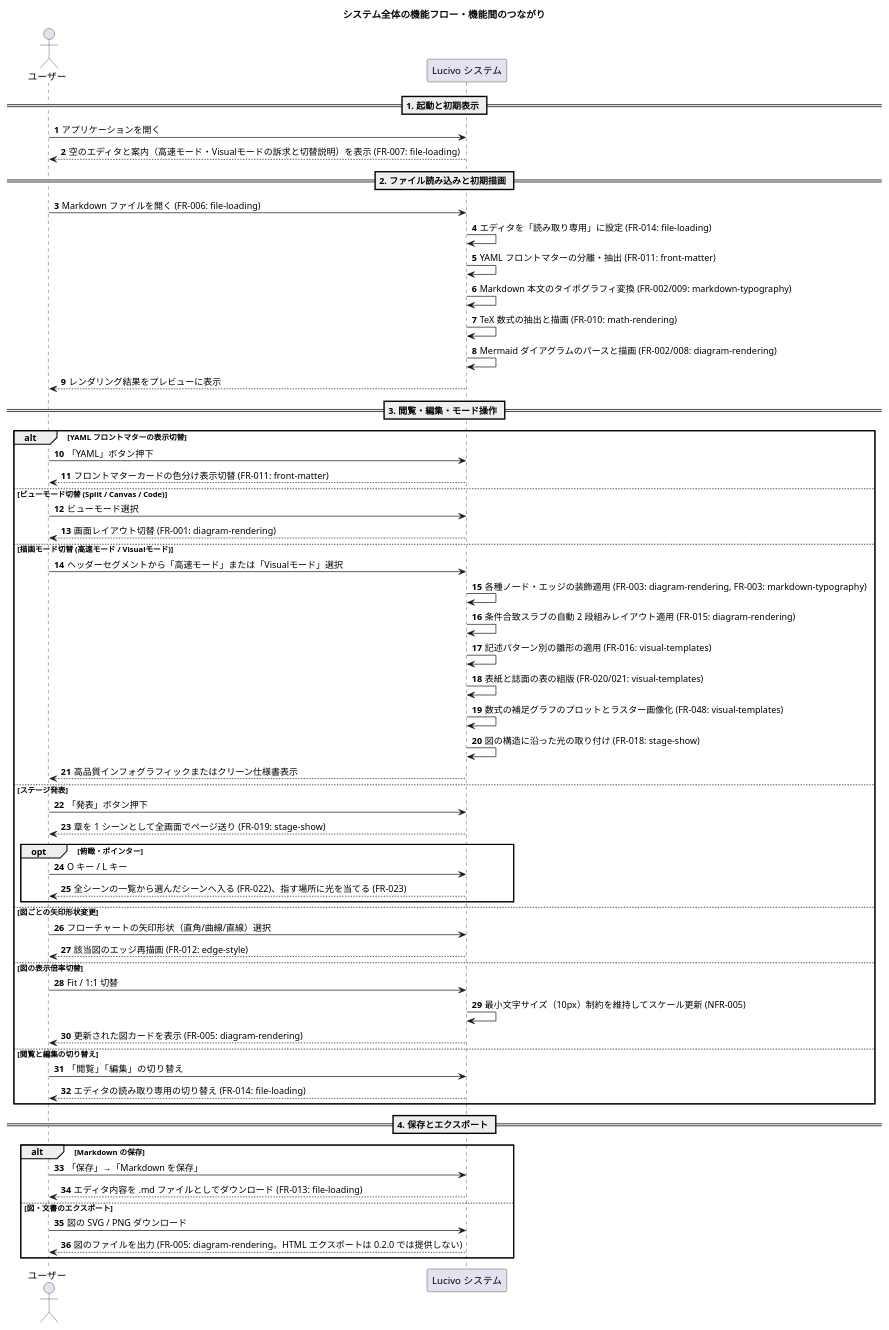
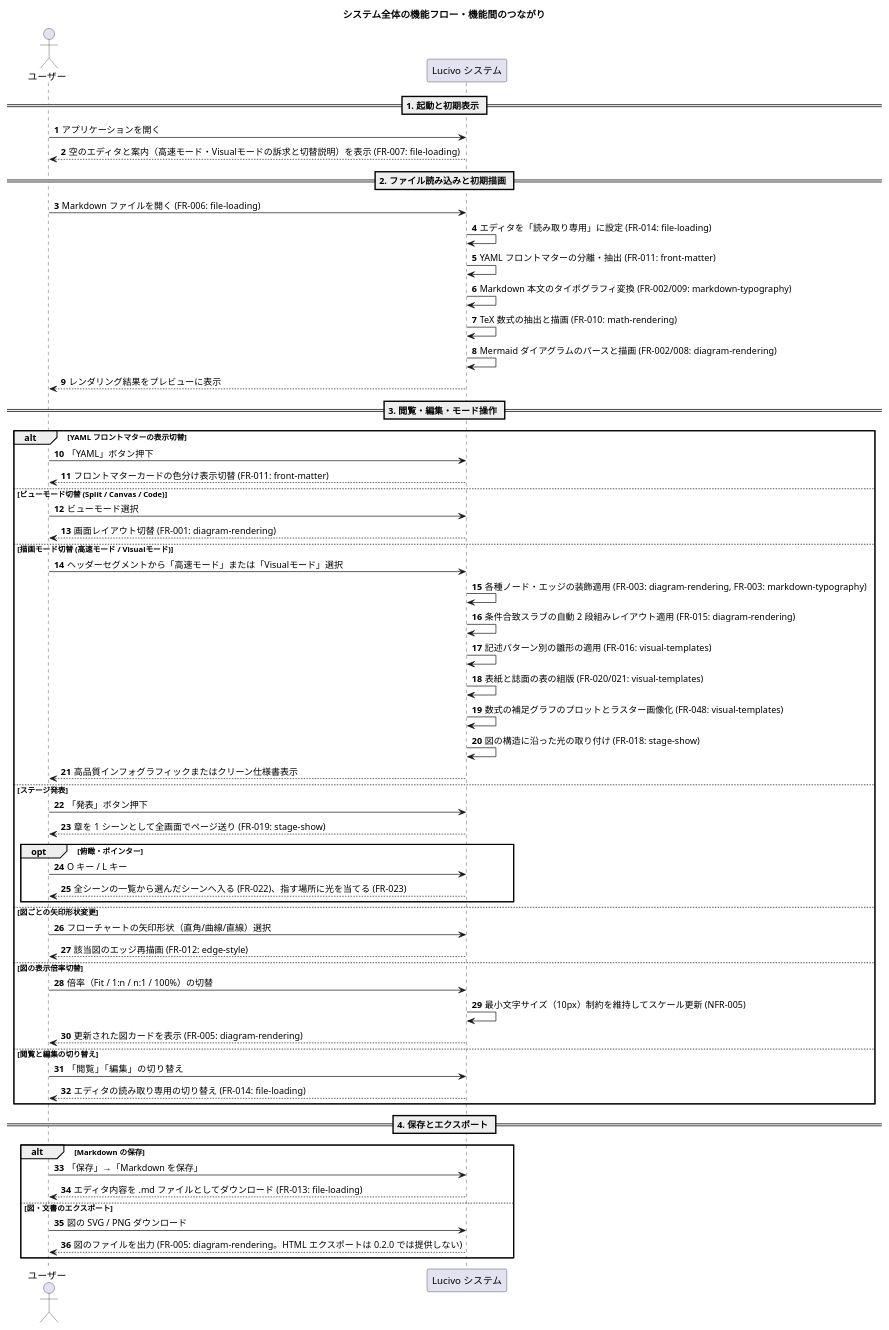
One commit to prankster-freedom/Lucivo changed the second of 2 diagrams in doc/1.SRS.md. Above: the diagram before and after it, drawn with PlantUML. The commit also changed other lines of this file and 6 other files, not shown here.

First line of the commit message:
doc(diagram): 図の表示倍率の要求と設計、TC-DIAG-039・040 を書き、README とサンプルの表記を改める

````diff
--- a/doc/1.SRS.md
+++ b/doc/1.SRS.md
@@ -134,65 +134,65 @@
 ```plantuml
 @startuml
 title システム全体の機能フロー・機能間のつながり
 autonumber
 actor "ユーザー" as User
 participant "Lucivo システム" as App
 
 == 1. 起動と初期表示 ==
 User -> App: アプリケーションを開く
 App --> User: 空のエディタと案内（高速モード・Visualモードの訴求と切替説明）を表示 (FR-007: file-loading)
 
 == 2. ファイル読み込みと初期描画 ==
 User -> App: Markdown ファイルを開く (FR-006: file-loading)
 App -> App: エディタを「読み取り専用」に設定 (FR-014: file-loading)
 App -> App: YAML フロントマターの分離・抽出 (FR-011: front-matter)
 App -> App: Markdown 本文のタイポグラフィ変換 (FR-002/009: markdown-typography)
 App -> App: TeX 数式の抽出と描画 (FR-010: math-rendering)
 App -> App: Mermaid ダイアグラムのパースと描画 (FR-002/008: diagram-rendering)
 App --> User: レンダリング結果をプレビューに表示
 
 == 3. 閲覧・編集・モード操作 ==
 alt YAML フロントマターの表示切替
   User -> App: 「YAML」ボタン押下
   App --> User: フロントマターカードの色分け表示切替 (FR-011: front-matter)
 else ビューモード切替 (Split / Canvas / Code)
   User -> App: ビューモード選択
   App --> User: 画面レイアウト切替 (FR-001: diagram-rendering)
 else 描画モード切替 (高速モード / Visualモード)
   User -> App: ヘッダーセグメントから「高速モード」または「Visualモード」選択
   App -> App: 各種ノード・エッジの装飾適用 (FR-003: diagram-rendering, FR-003: markdown-typography)
   App -> App: 条件合致スラブの自動 2 段組みレイアウト適用 (FR-015: diagram-rendering)
   App -> App: 記述パターン別の雛形の適用 (FR-016: visual-templates)
   App -> App: 表紙と誌面の表の組版 (FR-020/021: visual-templates)
   App -> App: 数式の補足グラフのプロットとラスター画像化 (FR-048: visual-templates)
   App -> App: 図の構造に沿った光の取り付け (FR-018: stage-show)
   App --> User: 高品質インフォグラフィックまたはクリーン仕様書表示
 else ステージ発表
   User -> App: 「発表」ボタン押下
   App --> User: 章を 1 シーンとして全画面でページ送り (FR-019: stage-show)
   opt 俯瞰・ポインター
     User -> App: O キー / L キー
     App --> User: 全シーンの一覧から選んだシーンへ入る (FR-022)、指す場所に光を当てる (FR-023)
   end
 else 図ごとの矢印形状変更
   User -> App: フローチャートの矢印形状（直角/曲線/直線）選択
   App --> User: 該当図のエッジ再描画 (FR-012: edge-style)
 else 図の表示倍率切替
-  User -> App: Fit / 1:1 切替
+  User -> App: 倍率（Fit / 1:n / n:1 / 100%）の切替
   App -> App: 最小文字サイズ（10px）制約を維持してスケール更新 (NFR-005)
   App --> User: 更新された図カードを表示 (FR-005: diagram-rendering)
 else 閲覧と編集の切り替え
   User -> App: 「閲覧」「編集」の切り替え
   App --> User: エディタの読み取り専用の切り替え (FR-014: file-loading)
 end
 
 == 4. 保存とエクスポート ==
 alt Markdown の保存
   User -> App: 「保存」→「Markdown を保存」
   App --> User: エディタ内容を .md ファイルとしてダウンロード (FR-013: file-loading)
 else 図・文書のエクスポート
   User -> App: 図の SVG / PNG ダウンロード
   App --> User: 図のファイルを出力 (FR-005: diagram-rendering。HTML エクスポートは 0.2.0 では提供しない)
 end
 @enduml
 ```
````
